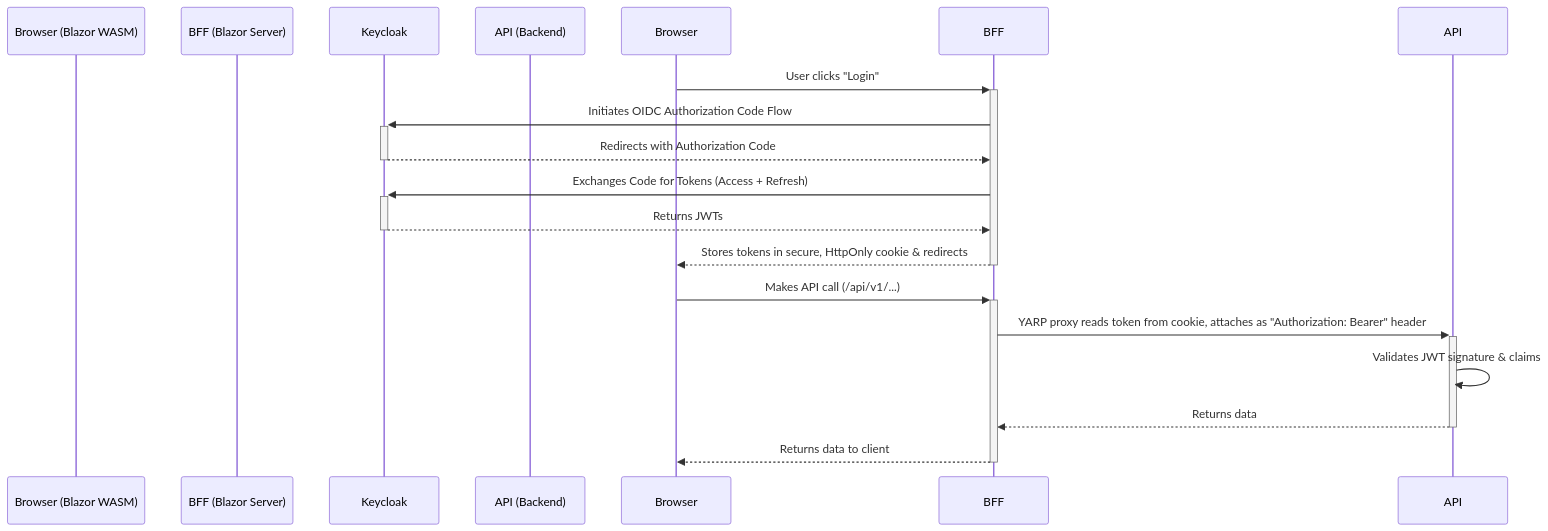
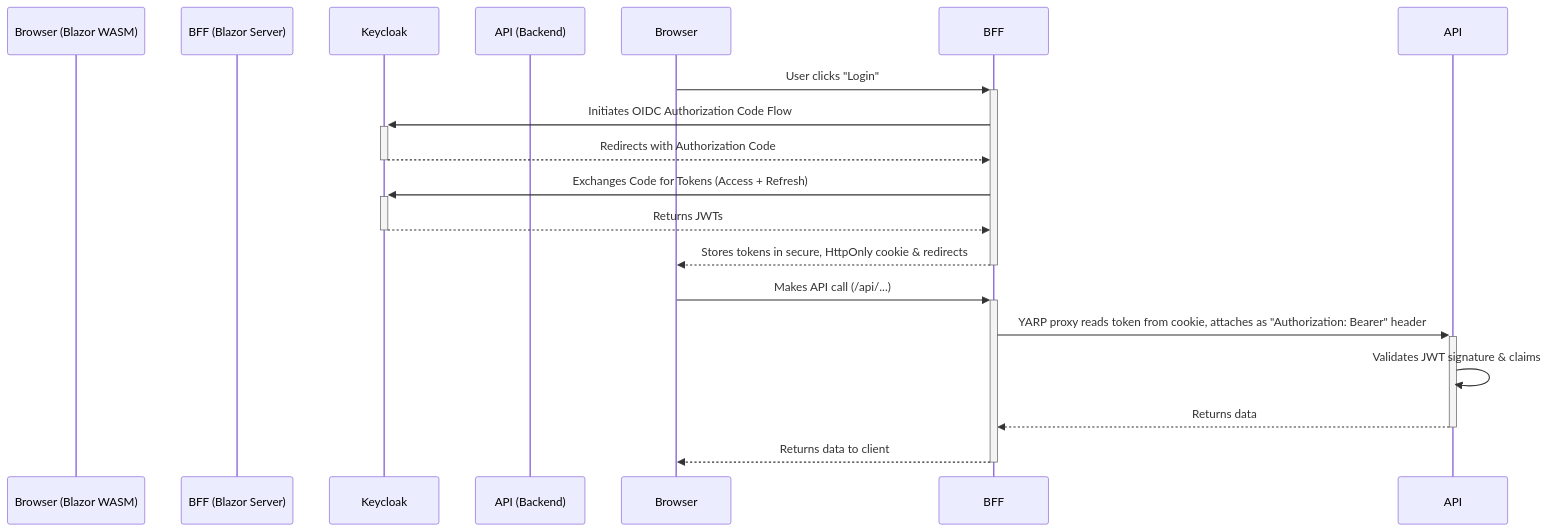
The diagram in .claude/skills/auth-patterns/SKILL.md (islamu-ngo/Explore), drawn with Mermaid before and after one commit. The commit also changed 155 other files, not shown here.

````diff
--- a/.claude/skills/auth-patterns/SKILL.md
+++ b/.claude/skills/auth-patterns/SKILL.md
@@ -47,20 +47,20 @@
 ```mermaid
 sequenceDiagram
     participant Browser (Blazor WASM)
     participant BFF (Blazor Server)
     participant Keycloak
     participant API (Backend)
 
     Browser->>+BFF: User clicks "Login"
     BFF->>+Keycloak: Initiates OIDC Authorization Code Flow
     Keycloak-->>-BFF: Redirects with Authorization Code
     BFF->>+Keycloak: Exchanges Code for Tokens (Access + Refresh)
     Keycloak-->>-BFF: Returns JWTs
     BFF-->>-Browser: Stores tokens in secure, HttpOnly cookie & redirects
 
-    Browser->>+BFF: Makes API call (/api/v1/...)
+    Browser->>+BFF: Makes API call (/api/...)
     BFF->>+API: YARP proxy reads token from cookie, attaches as "Authorization: Bearer" header
     API->>API: Validates JWT signature & claims
     API-->>-BFF: Returns data
     BFF-->>-Browser: Returns data to client
 ```
````
